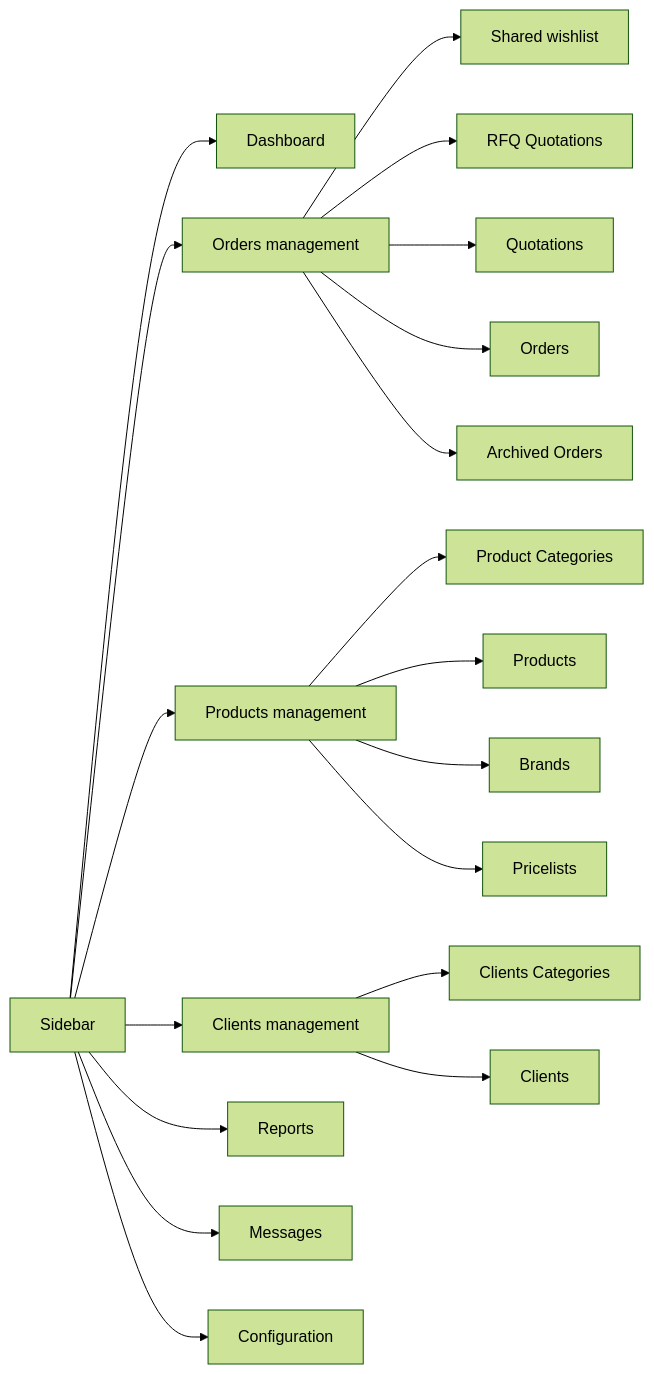
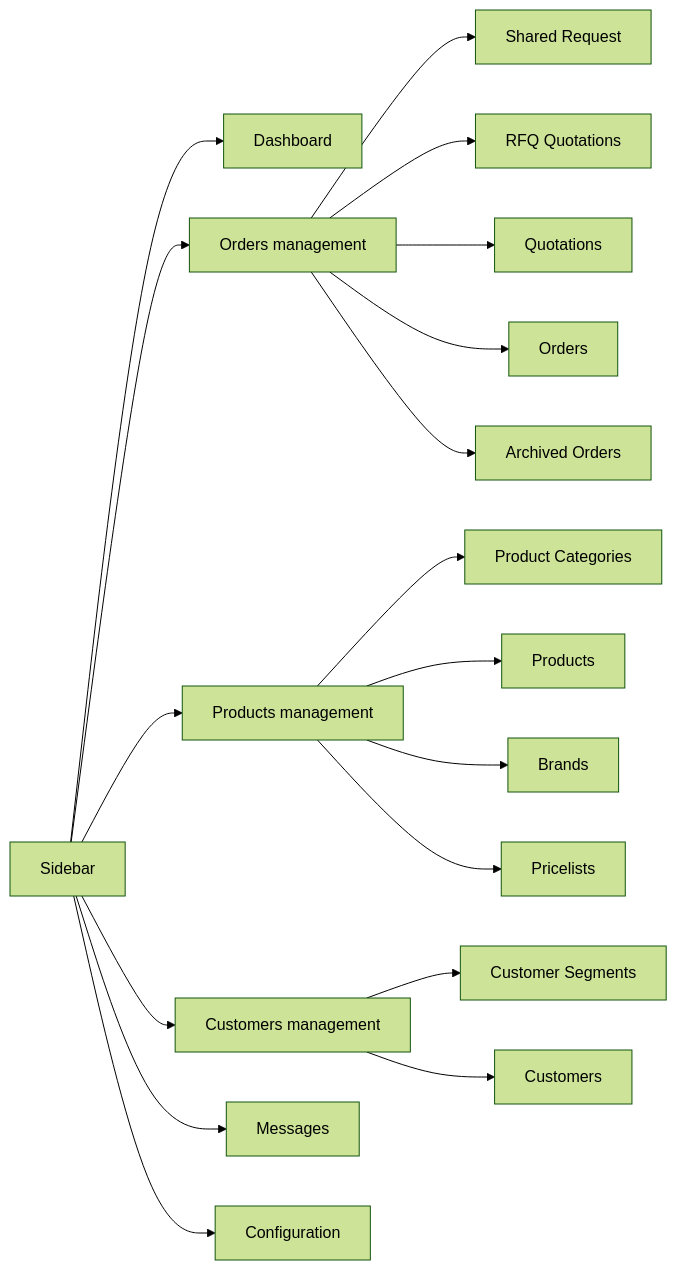
The diagram in docs/b2b_ecommerce_docs/_user_guide/007-Account-Manager-Portal-Navigation.md (LaplaceSoftware/lp_projects_docs), drawn with Mermaid (forest theme) before and after one commit. The commit also changed other lines of this file and 48 other files, not shown here.

````diff
--- a/docs/b2b_ecommerce_docs/_user_guide/007-Account-Manager-Portal-Navigation.md
+++ b/docs/b2b_ecommerce_docs/_user_guide/007-Account-Manager-Portal-Navigation.md
@@ -8,24 +8,23 @@
 ```mermaid
 flowchart LR
     S["Sidebar"] --> D["Dashboard"]
     S --> OM["Orders management"]
     S --> PM["Products management"]
-    S --> CM["Clients management"]
-    S --> RP["Reports"]
+    S --> CM["Customers management"]
     S --> M["Messages"]
     S --> C["Configuration"]
 
-    OM --> O1["Shared wishlist"]
+    OM --> O1["Shared Request"]
     OM --> O2["RFQ Quotations"]
     OM --> O3["Quotations"]
     OM --> O4["Orders"]
     OM --> O5["Archived Orders"]
 
     PM --> P1["Product Categories"]
     PM --> P2["Products"]
     PM --> P3["Brands"]
     PM --> P4["Pricelists"]
 
-    CM --> C1["Clients Categories"]
-    CM --> C2["Clients"]
+    CM --> C1["Customer Segments"]
+    CM --> C2["Customers"]
 ```
````
